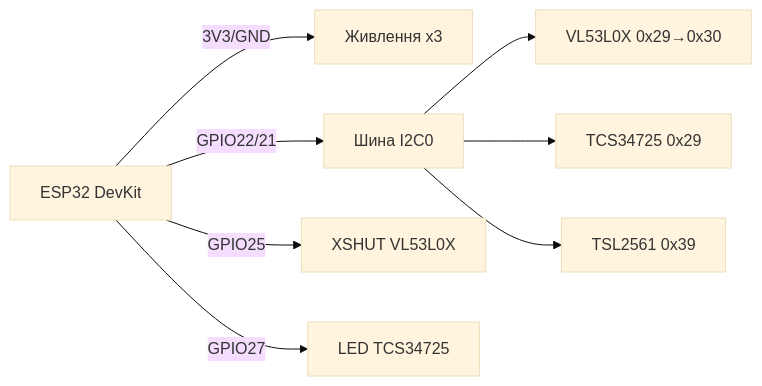
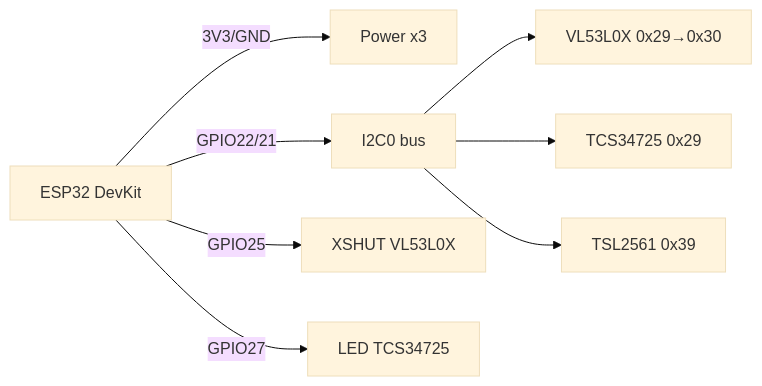
Before and after one commit to ksalab/embedded-reference: the diagram in obsidian_vault/ESP32-Reference/EN/10-Sensors/10-VL53L0X-TCS34725-TSL2561.en.md, drawn with Mermaid (base theme). The commit also changed other lines of this file and 76 other files, not shown here.

````diff
--- a/obsidian_vault/ESP32-Reference/EN/10-Sensors/10-VL53L0X-TCS34725-TSL2561.en.md
+++ b/obsidian_vault/ESP32-Reference/EN/10-Sensors/10-VL53L0X-TCS34725-TSL2561.en.md
@@ -79,10 +79,10 @@
 ```mermaid
 graph LR
-    ESP32[ESP32 DevKit] -->|3V3/GND| PWR[Живлення x3]
-    ESP32 -->|GPIO22/21| BUS[Шина I2C0]
+    ESP32[ESP32 DevKit] -->|3V3/GND| PWR[Power x3]
+    ESP32 -->|GPIO22/21| BUS[I2C0 bus]
     BUS --> VL[VL53L0X 0x29→0x30]
     BUS --> TCS[TCS34725 0x29]
     BUS --> TSL[TSL2561 0x39]
     ESP32 -->|GPIO25| XSHUT[XSHUT VL53L0X]
     ESP32 -->|GPIO27| LED[LED TCS34725]
 ```
````
